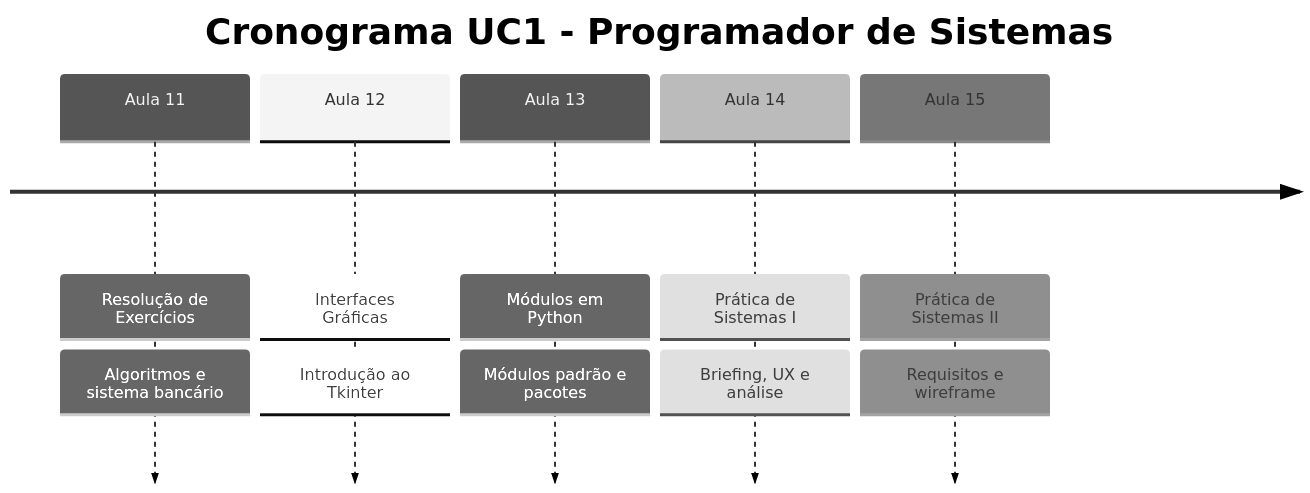
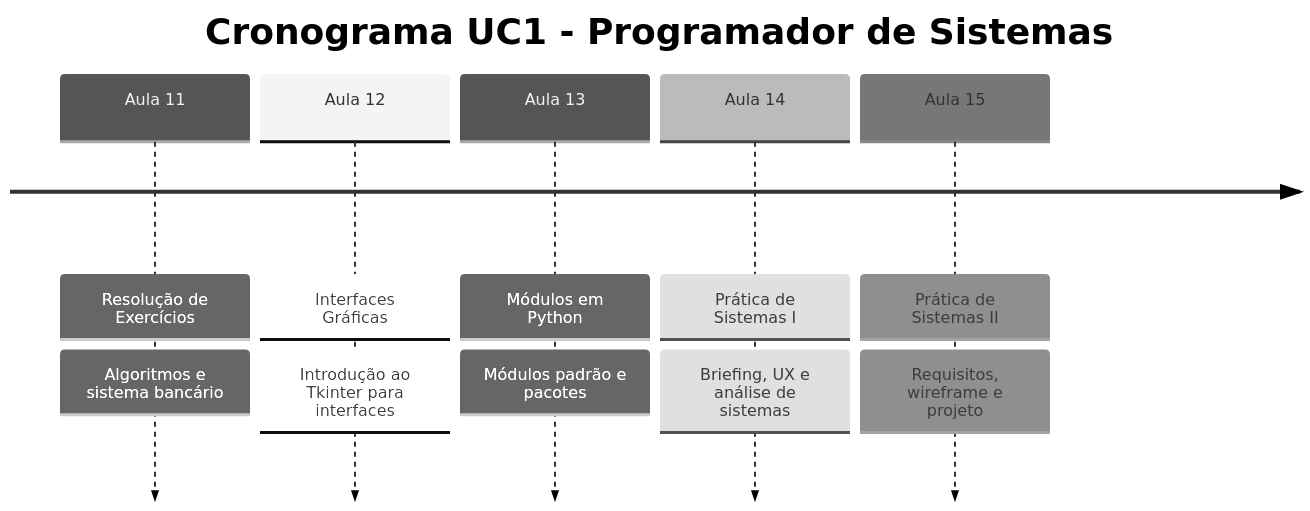
Before and after one commit to jocile/jocile.github.io: the third of 4 diagrams in content/turmas/programador de sistema/UC1 - Programador de Sistemas/Timeline-UC1-Programador.md, drawn with Mermaid (neutral theme). The commit also changed other lines of this file and 23 other files, not shown here.

````diff
--- a/content/turmas/programador de sistema/UC1 - Programador de Sistemas/Timeline-UC1-Programador.md
+++ b/content/turmas/programador de sistema/UC1 - Programador de Sistemas/Timeline-UC1-Programador.md
@@ -56,9 +59,9 @@
 ```mermaid
 timeline
     title Cronograma UC1 - Programador de Sistemas
     Aula 11 : Resolução de Exercícios : Algoritmos e sistema bancário
-    Aula 12 : Interfaces Gráficas : Introdução ao Tkinter
+    Aula 12 : Interfaces Gráficas : Introdução ao Tkinter para interfaces
     Aula 13 : Módulos em Python : Módulos padrão e pacotes
-    Aula 14 : Prática de Sistemas I : Briefing, UX e análise
-    Aula 15 : Prática de Sistemas II : Requisitos e wireframe
+    Aula 14 : Prática de Sistemas I : Briefing, UX e análise de sistemas
+    Aula 15 : Prática de Sistemas II : Requisitos, wireframe e projeto
 ```
````
